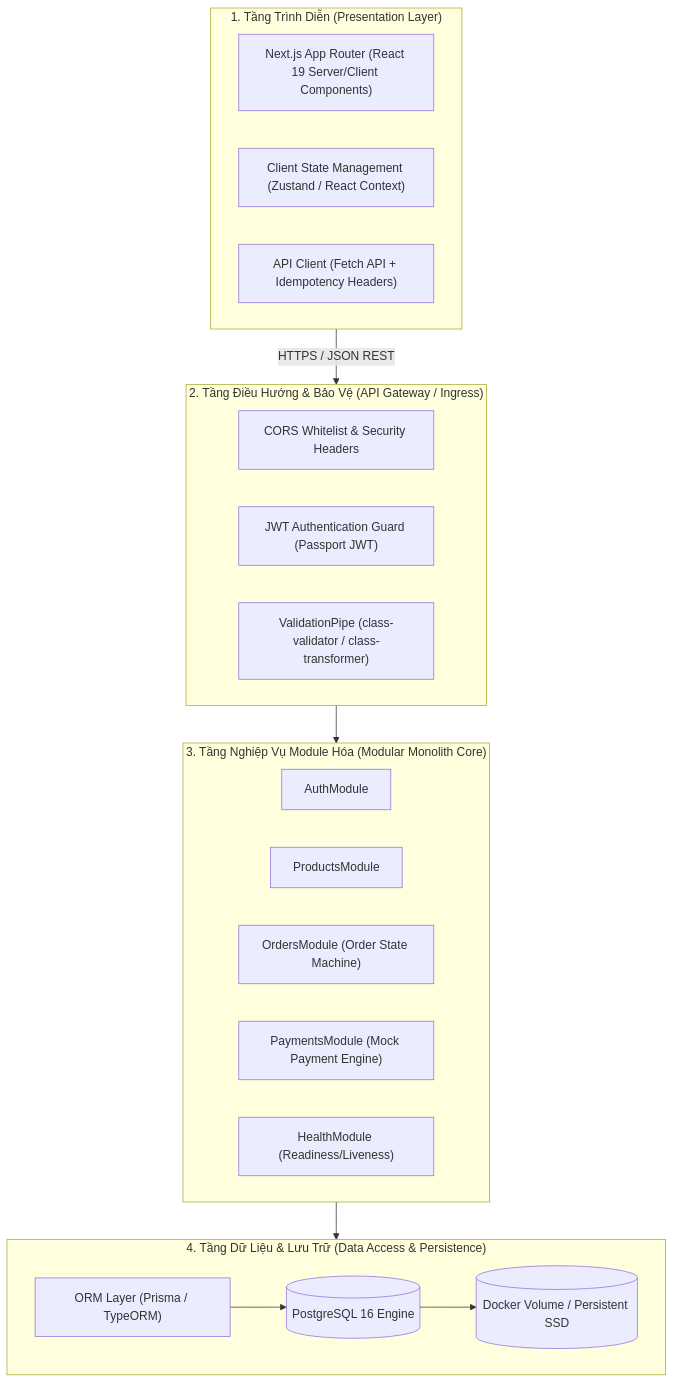
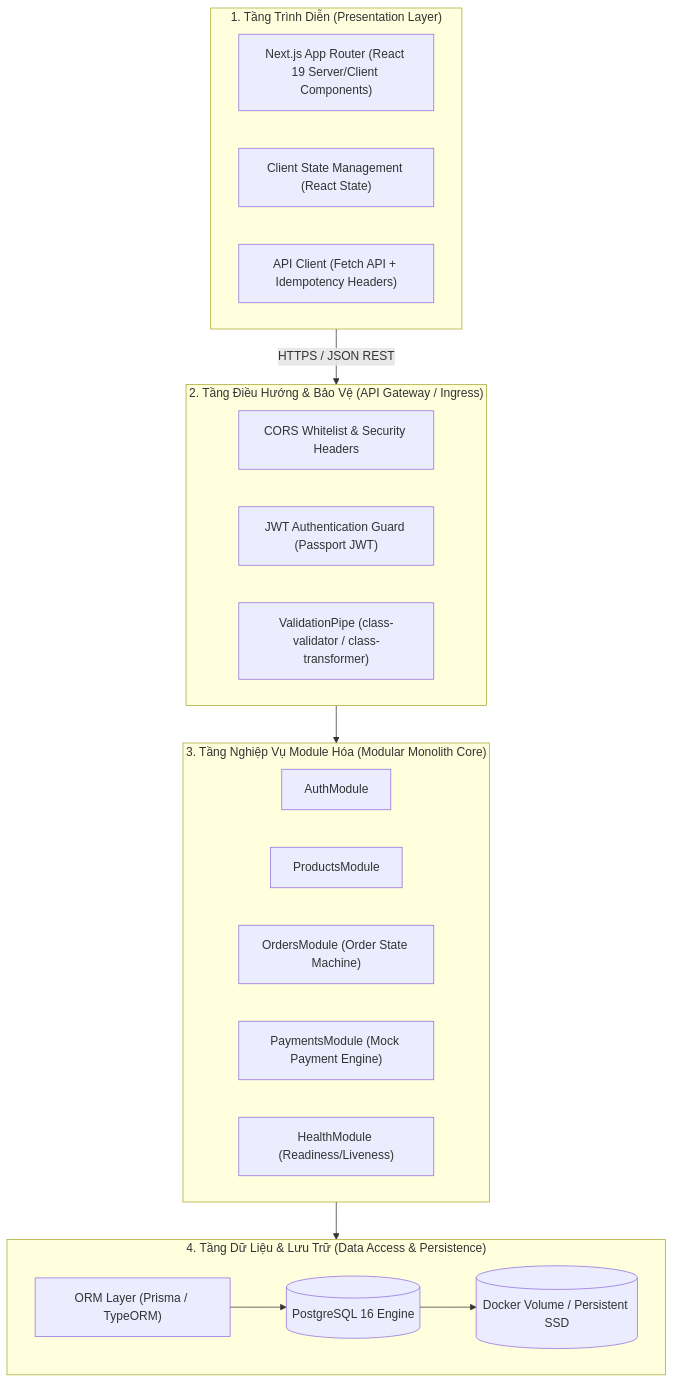
The diagram in docs/architecture/README.md (vohuunghiaah/brewlite), drawn with Mermaid before and after one commit. The commit also changed other lines of this file and 4 other files, not shown here.

Commit message:
docs(task3): remediate PR 23 review findings on CI/CD, ADR-004, IDOR, and deployment diagram

````diff
--- a/docs/architecture/README.md
+++ b/docs/architecture/README.md
@@ -56,34 +62,34 @@
 ```mermaid
 flowchart TD
     subgraph PresentationLayer ["1. Tầng Trình Diễn (Presentation Layer)"]
         UI["Next.js App Router (React 19 Server/Client Components)"]
-        State["Client State Management (Zustand / React Context)"]
+        State["Client State Management (React State)"]
         HTTPClient["API Client (Fetch API + Idempotency Headers)"]
     end
 
     subgraph APIGatewayLayer ["2. Tầng Điều Hướng & Bảo Vệ (API Gateway / Ingress)"]
         CORS["CORS Whitelist & Security Headers"]
         AuthGuard["JWT Authentication Guard (Passport JWT)"]
         Validation["ValidationPipe (class-validator / class-transformer)"]
     end
 
     subgraph BusinessLogicLayer ["3. Tầng Nghiệp Vụ Module Hóa (Modular Monolith Core)"]
         AuthMod["AuthModule"]
         ProdMod["ProductsModule"]
         OrderMod["OrdersModule (Order State Machine)"]
         PayMod["PaymentsModule (Mock Payment Engine)"]
         HealthMod["HealthModule (Readiness/Liveness)"]
     end
 
     subgraph DataAccessLayer ["4. Tầng Dữ Liệu & Lưu Trữ (Data Access & Persistence)"]
         ORM["ORM Layer (Prisma / TypeORM)"]
         DB[(PostgreSQL 16 Engine)]
         Storage[("Docker Volume / Persistent SSD")]
     end
 
     PresentationLayer -->|HTTPS / JSON REST| APIGatewayLayer
     APIGatewayLayer --> BusinessLogicLayer
     BusinessLogicLayer --> DataAccessLayer
     ORM --> DB
     DB --> Storage
 ```
````
